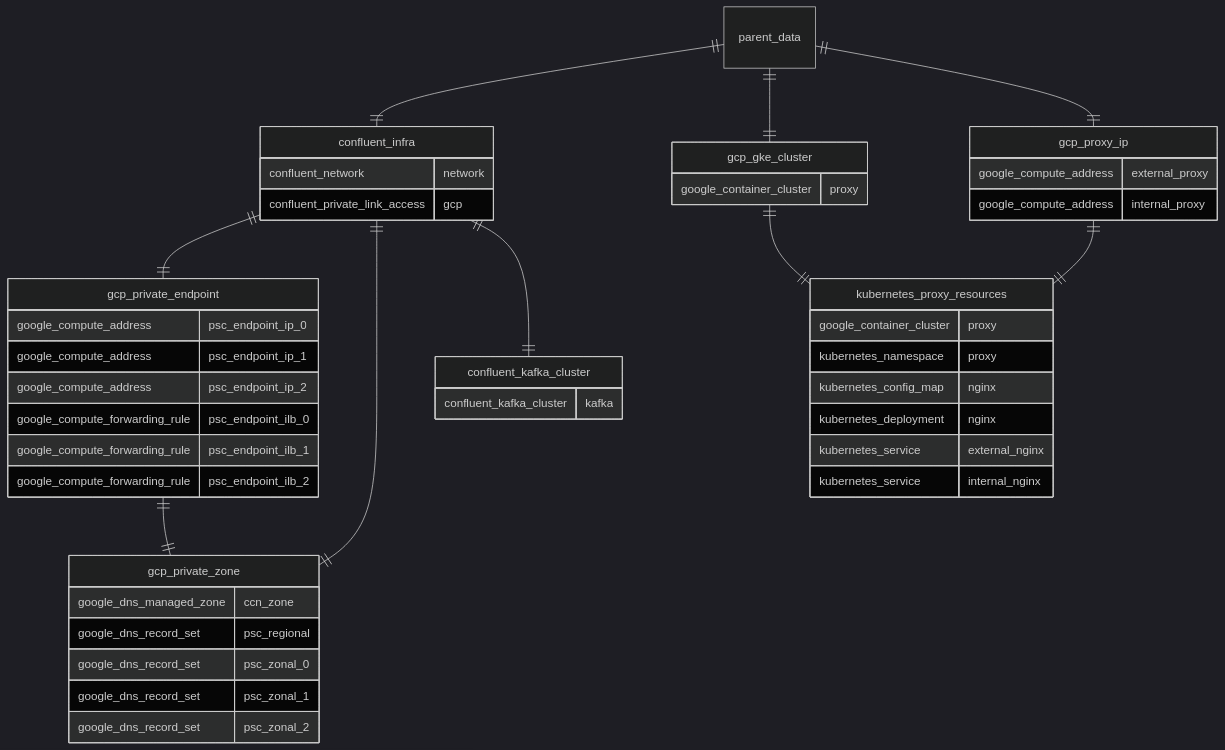
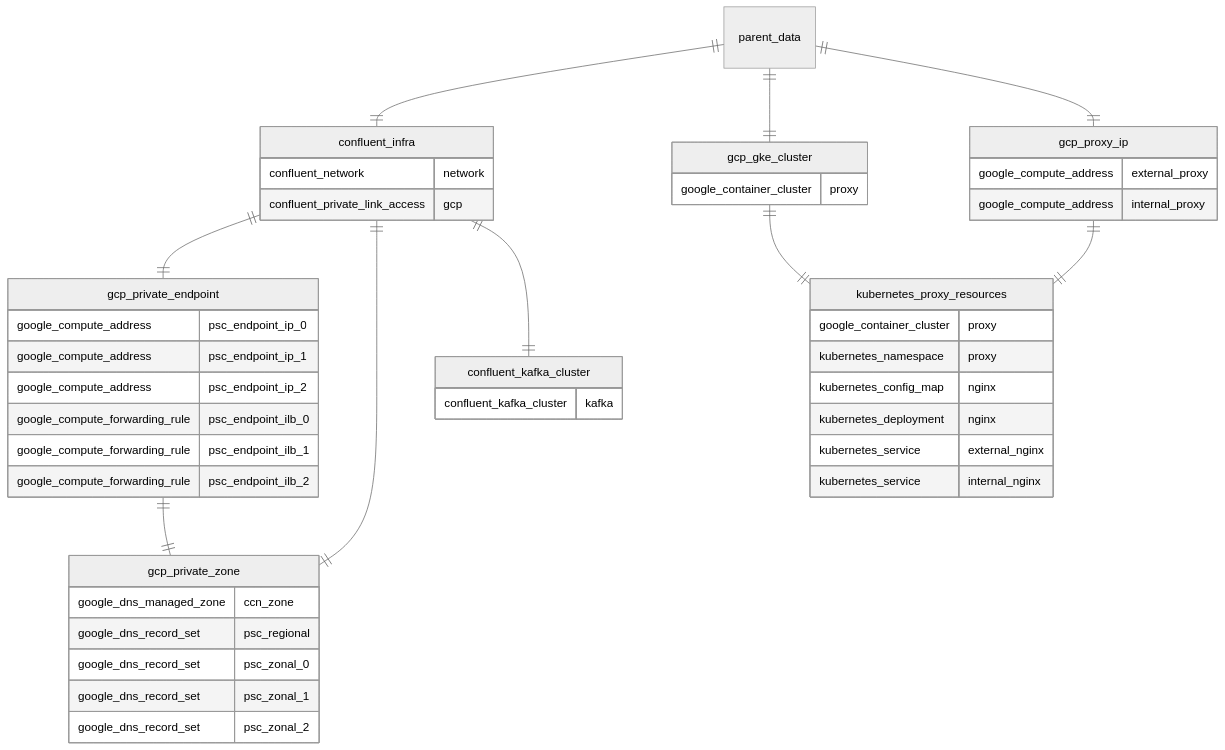
The diagram in cloud-networking/gcp-psc/region_template/README.md (justinrlee/terraform-templates), drawn with Mermaid before and after one commit.

````diff
--- a/cloud-networking/gcp-psc/region_template/README.md
+++ b/cloud-networking/gcp-psc/region_template/README.md
@@ -44,58 +44,58 @@
 ```mermaid
-%%{init: {"theme": "dark", "logLevel": 1 }}%%
+%%{init: {"theme": "neutral", "logLevel": 1 }}%%
 erDiagram
     parent_data ||--|| confluent_infra: ""
     parent_data ||--|| gcp_gke_cluster: ""
     parent_data ||--|| gcp_proxy_ip: ""
     confluent_infra ||--|| gcp_private_endpoint: ""
     confluent_infra ||--|| gcp_private_zone: ""
     confluent_infra ||--|| confluent_kafka_cluster: ""
     gcp_gke_cluster ||--|| kubernetes_proxy_resources: ""
     gcp_private_endpoint ||--|| gcp_private_zone: ""
     gcp_proxy_ip ||--|| kubernetes_proxy_resources: ""
 
     confluent_infra {
       confluent_network network
       confluent_private_link_access gcp
     }
 
     confluent_kafka_cluster {
       confluent_kafka_cluster kafka
     }
 
     gcp_gke_cluster {
       google_container_cluster proxy
     }
 
     gcp_private_endpoint {
       google_compute_address psc_endpoint_ip_0
       google_compute_address psc_endpoint_ip_1
       google_compute_address psc_endpoint_ip_2
       google_compute_forwarding_rule psc_endpoint_ilb_0
       google_compute_forwarding_rule psc_endpoint_ilb_1
       google_compute_forwarding_rule psc_endpoint_ilb_2
     }
 
     gcp_proxy_ip {
       google_compute_address external_proxy
       google_compute_address internal_proxy
     }
 
     gcp_private_zone {
       google_dns_managed_zone ccn_zone
       google_dns_record_set psc_regional
       google_dns_record_set psc_zonal_0
       google_dns_record_set psc_zonal_1
       google_dns_record_set psc_zonal_2
     }
     kubernetes_proxy_resources {
       google_container_cluster proxy
       kubernetes_namespace proxy
       kubernetes_config_map nginx
       kubernetes_deployment nginx
       kubernetes_service external_nginx
       kubernetes_service internal_nginx
     }
 
 
 ```
````
